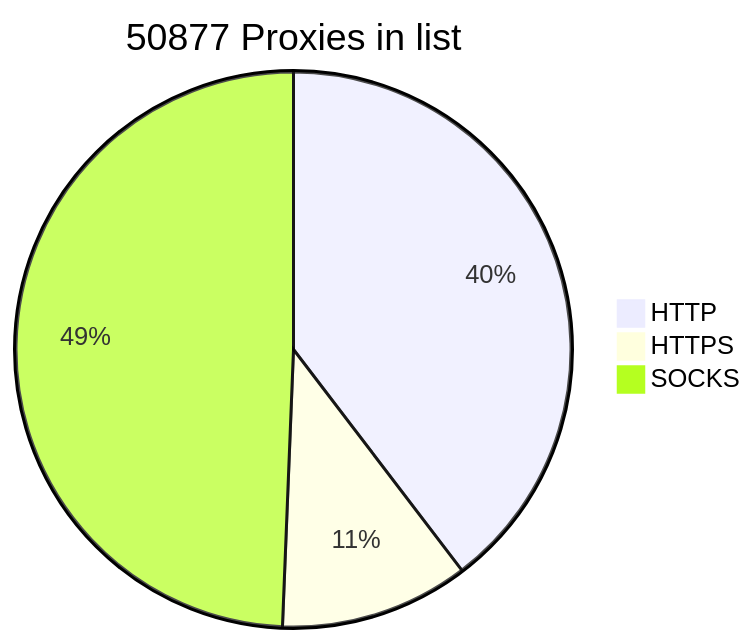
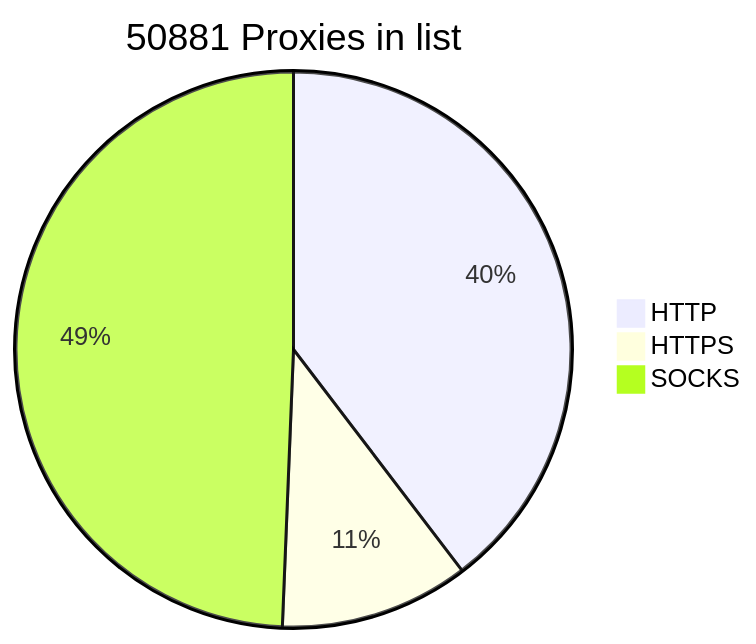
Before and after one commit to BlackSnowDot/proxylist-update-every-minute: the diagram in README.md, drawn with Mermaid.

````diff
--- a/README.md
+++ b/README.md
@@ -2,6 +2,6 @@
 ```mermaid
-pie title 50877 Proxies in list
-    "HTTP" : 22332
-    "HTTPS": 6199
+pie title 50881 Proxies in list
+    "HTTP" : 22335
+    "HTTPS": 6203
     "SOCKS" : 27817
 ```
````
